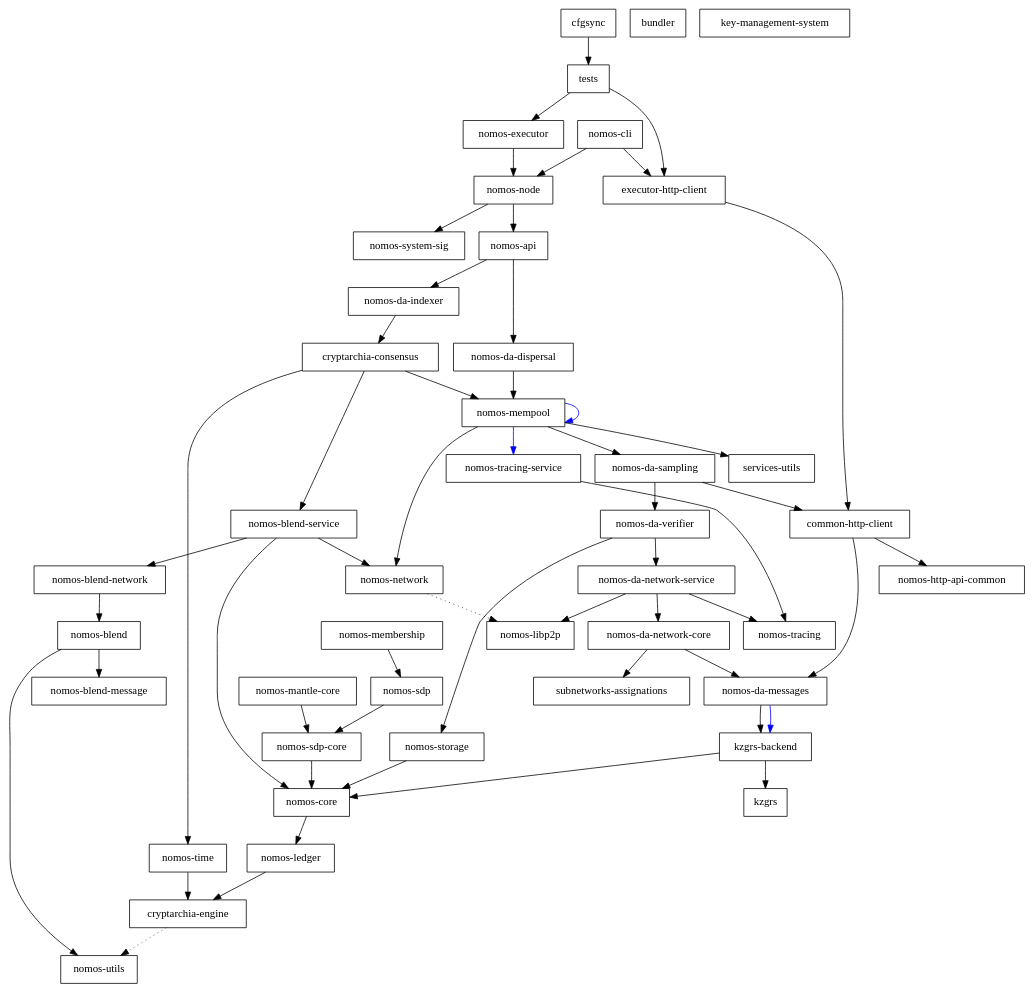
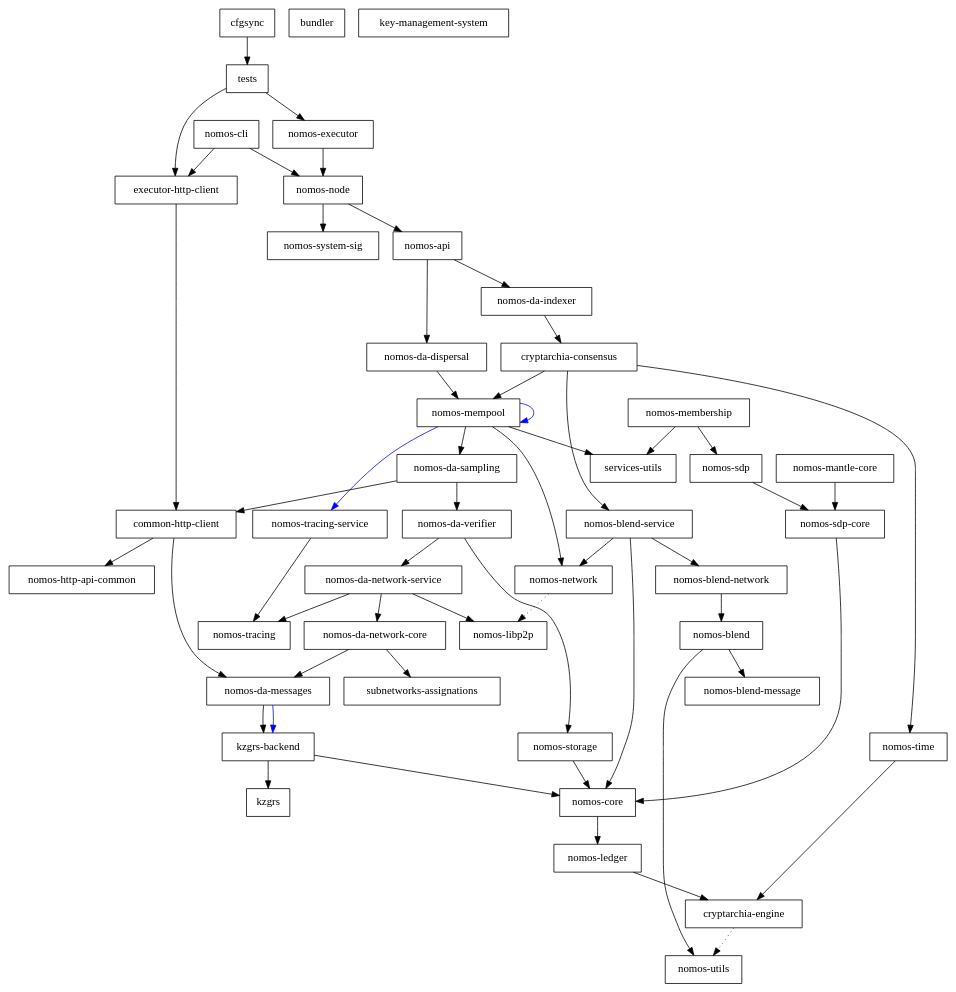
One commit to Astro521/logos-blockchain changed the diagram in dependencies_graph.dot. Above: the diagram before and after it, drawn with Graphviz. The commit also changed 9 other files, not shown here.

```diff
--- a/dependencies_graph.dot
+++ b/dependencies_graph.dot
@@ -1,98 +1,99 @@
 digraph {
     0 [ label = "cryptarchia-engine" shape = box]
     1 [ label = "nomos-utils" shape = box]
     2 [ label = "nomos-ledger" shape = box]
     3 [ label = "nomos-http-api-common" shape = box]
     4 [ label = "nomos-executor" shape = box]
     5 [ label = "kzgrs-backend" shape = box]
     6 [ label = "kzgrs" shape = box]
     7 [ label = "nomos-core" shape = box]
     8 [ label = "nomos-api" shape = box]
     9 [ label = "cryptarchia-consensus" shape = box]
     10 [ label = "nomos-blend-service" shape = box]
     11 [ label = "nomos-blend" shape = box]
     12 [ label = "nomos-blend-message" shape = box]
     13 [ label = "nomos-blend-network" shape = box]
     14 [ label = "nomos-libp2p" shape = box]
     15 [ label = "nomos-network" shape = box]
     16 [ label = "nomos-da-sampling" shape = box]
     17 [ label = "common-http-client" shape = box]
     18 [ label = "nomos-da-messages" shape = box]
     19 [ label = "nomos-da-network-core" shape = box]
     20 [ label = "subnetworks-assignations" shape = box]
     21 [ label = "nomos-da-network-service" shape = box]
     22 [ label = "nomos-tracing" shape = box]
     23 [ label = "nomos-da-verifier" shape = box]
     24 [ label = "nomos-storage" shape = box]
     25 [ label = "nomos-mempool" shape = box]
     26 [ label = "services-utils" shape = box]
     27 [ label = "nomos-tracing-service" shape = box]
     28 [ label = "nomos-time" shape = box]
     29 [ label = "nomos-da-dispersal" shape = box]
     30 [ label = "nomos-da-indexer" shape = box]
     31 [ label = "nomos-node" shape = box]
     32 [ label = "nomos-system-sig" shape = box]
     33 [ label = "executor-http-client" shape = box]
     34 [ label = "bundler" shape = box]
     35 [ label = "nomos-cli" shape = box]
     36 [ label = "nomos-mantle-core" shape = box]
     37 [ label = "nomos-sdp-core" shape = box]
     38 [ label = "key-management-system" shape = box]
     39 [ label = "nomos-membership" shape = box]
     40 [ label = "nomos-sdp" shape = box]
     41 [ label = "cfgsync" shape = box]
     42 [ label = "tests" shape = box]
     0 -> 1 [ style = dotted]
     2 -> 0 [ ]
     4 -> 31 [ ]
     5 -> 6 [ ]
     5 -> 7 [ ]
     7 -> 2 [ ]
     8 -> 29 [ ]
     8 -> 30 [ ]
     9 -> 10 [ ]
     9 -> 25 [ ]
     9 -> 28 [ ]
     10 -> 13 [ ]
     10 -> 7 [ ]
     10 -> 15 [ ]
     11 -> 12 [ ]
     11 -> 1 [ ]
     13 -> 11 [ ]
     15 -> 14 [ style = dotted]
     16 -> 17 [ ]
     16 -> 23 [ ]
     17 -> 18 [ ]
     17 -> 3 [ ]
     18 -> 5 [ ]
     18 -> 5 [ color = blue]
     19 -> 18 [ ]
     19 -> 20 [ ]
     21 -> 19 [ ]
     21 -> 14 [ ]
     21 -> 22 [ ]
     23 -> 21 [ ]
     23 -> 24 [ ]
     24 -> 7 [ ]
     25 -> 16 [ ]
     25 -> 25 [ color = blue]
     25 -> 15 [ ]
     25 -> 27 [ color = blue]
     25 -> 26 [ ]
     27 -> 22 [ ]
     28 -> 0 [ ]
     29 -> 25 [ ]
     30 -> 9 [ ]
     31 -> 8 [ ]
     31 -> 32 [ ]
     33 -> 17 [ ]
     35 -> 33 [ ]
     35 -> 31 [ ]
     36 -> 37 [ ]
     37 -> 7 [ ]
     39 -> 40 [ ]
+    39 -> 26 [ ]
     40 -> 37 [ ]
     41 -> 42 [ ]
     42 -> 33 [ ]
     42 -> 4 [ ]
 }
```
